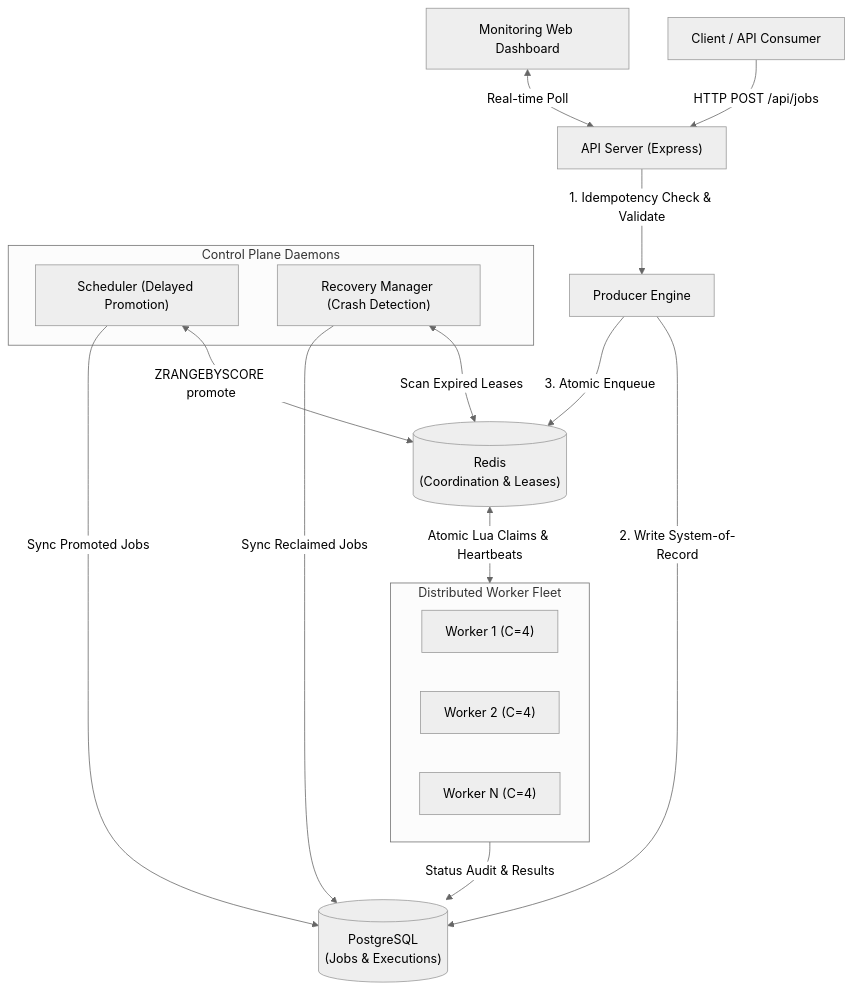
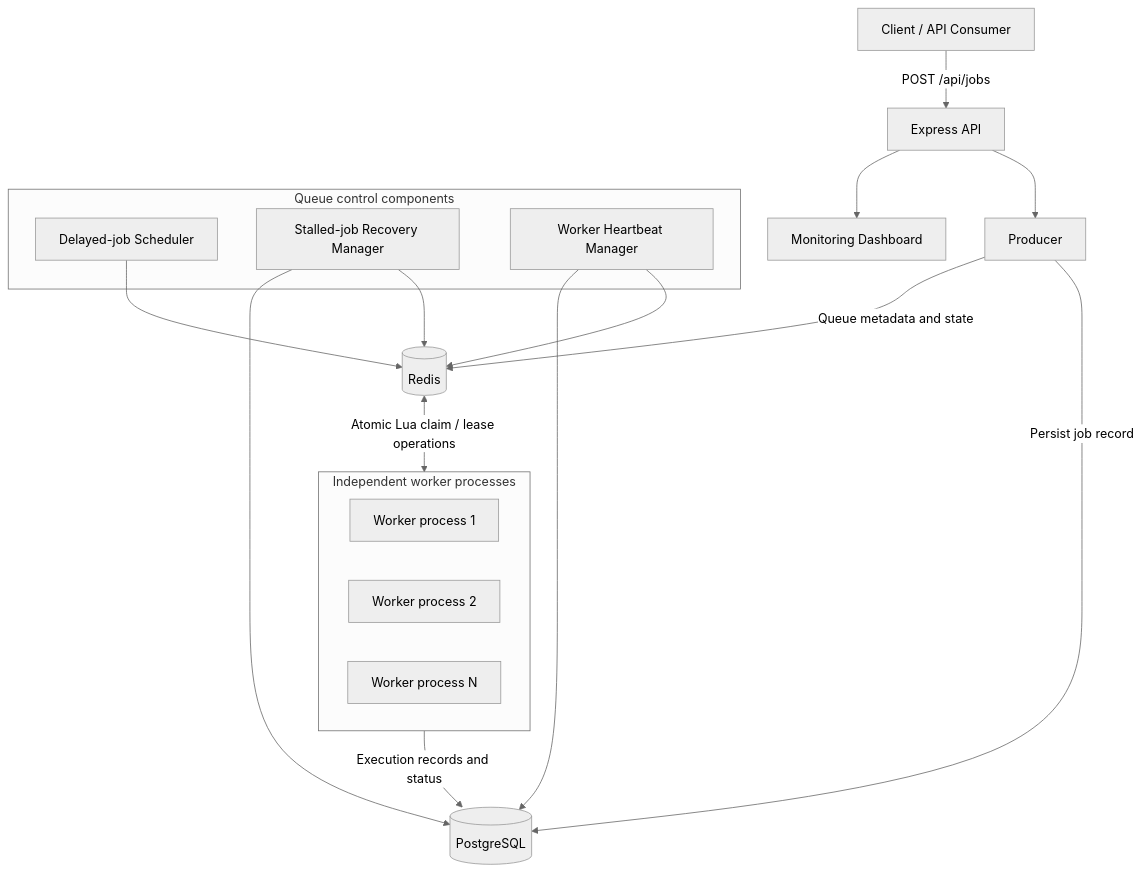
One commit to azinel/AadiMQ changed the diagram in README.md. Above: the diagram before and after it, drawn with Mermaid (neutral theme). The commit also changed other lines of this file, not shown here.

Commit message:
docs: rewrite README with verified architecture and setup

````diff
--- a/README.md
+++ b/README.md
@@ -16,28 +19,30 @@
 ```mermaid
 flowchart TD
-    Client["Client / API Consumer"] -->|HTTP POST /api/jobs| API["API Server (Express)"]
-    API -->|1. Idempotency Check & Validate| Producer["Producer Engine"]
-    Producer -->|2. Write System-of-Record| PG[("PostgreSQL\n(Jobs & Executions)")]
-    Producer -->|3. Atomic Enqueue| Redis[("Redis\n(Coordination & Leases)")]
+    Client["Client / API Consumer"] -->|"POST /api/jobs"| API["Express API"]
+    API --> Producer["Producer"]
+    Producer -->|"Persist job record"| PG[("PostgreSQL")]
+    Producer -->|"Queue metadata and state"| Redis[("Redis")]
 
-    subgraph Workers["Distributed Worker Fleet"]
-        W1["Worker 1 (C=4)"]
-        W2["Worker 2 (C=4)"]
-        WN["Worker N (C=4)"]
+    subgraph Runtime["Independent worker processes"]
+      W1["Worker process 1"]
+      W2["Worker process 2"]
+      WN["Worker process N"]
     end
 
-    Redis <-->|Atomic Lua Claims & Heartbeats| Workers
-    Workers -->|Status Audit & Results| PG
+    Redis <-->|"Atomic Lua claim / lease operations"| Runtime
+    Runtime -->|"Execution records and status"| PG
 
-    subgraph Daemons["Control Plane Daemons"]
-        Scheduler["Scheduler (Delayed Promotion)"]
-        Recovery["Recovery Manager (Crash Detection)"]
+    subgraph Control["Queue control components"]
+      Scheduler["Delayed-job Scheduler"]
+      Recovery["Stalled-job Recovery Manager"]
+      Heartbeat["Worker Heartbeat Manager"]
     end
 
-    Scheduler <-->|ZRANGEBYSCORE promote| Redis
-    Recovery <-->|Scan Expired Leases| Redis
-    Recovery -->|Sync Reclaimed Jobs| PG
-    Scheduler -->|Sync Promoted Jobs| PG
+    Scheduler --> Redis
+    Recovery --> Redis
+    Recovery --> PG
+    Heartbeat --> Redis
+    Heartbeat --> PG
 
-    Dashboard["Monitoring Web Dashboard"] <-->|Real-time Poll| API
+    API --> Dashboard["Monitoring Dashboard"]
 ```
````
